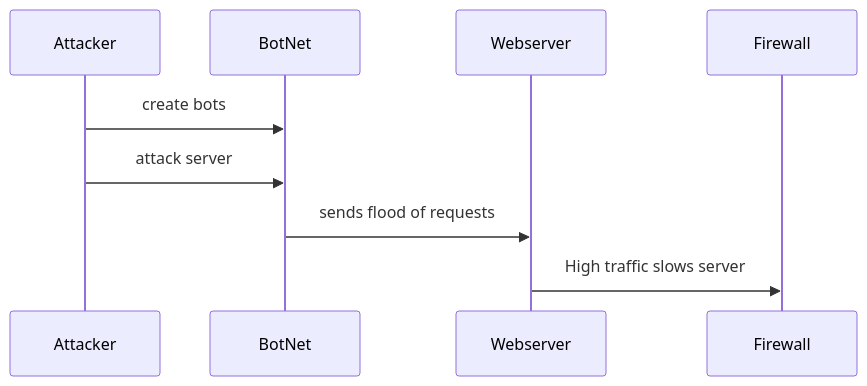
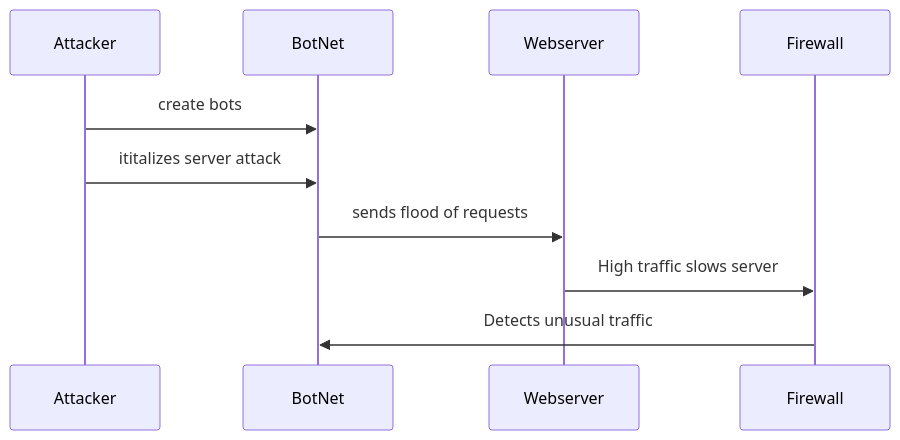
One commit to G-Marotta/Flowchart changed the diagram in DDoS_Attack_Sequence.md. Above: the diagram before and after it, drawn with Mermaid.

````diff
--- a/DDoS_Attack_Sequence.md
+++ b/DDoS_Attack_Sequence.md
@@ -2,11 +2,12 @@
 ```mermaid
 sequenceDiagram
     participant Attacker
     participant BotNet
     participant Webserver
     participant Firewall
     Attacker->>BotNet: create bots
-    Attacker->>BotNet: attack server
+    Attacker->>BotNet: ititalizes server attack
     BotNet->>Webserver: sends flood of requests
     Webserver->>Firewall: High traffic slows server
+    Firewall->>BotNet: Detects unusual traffic
 ```
````
